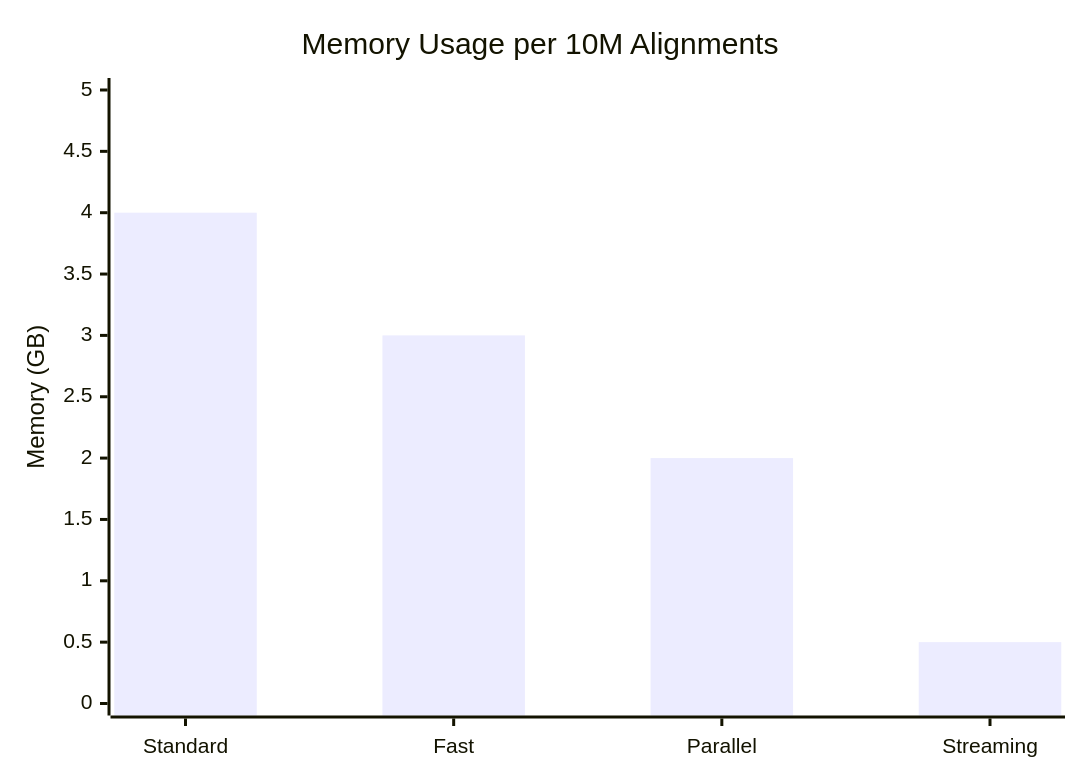
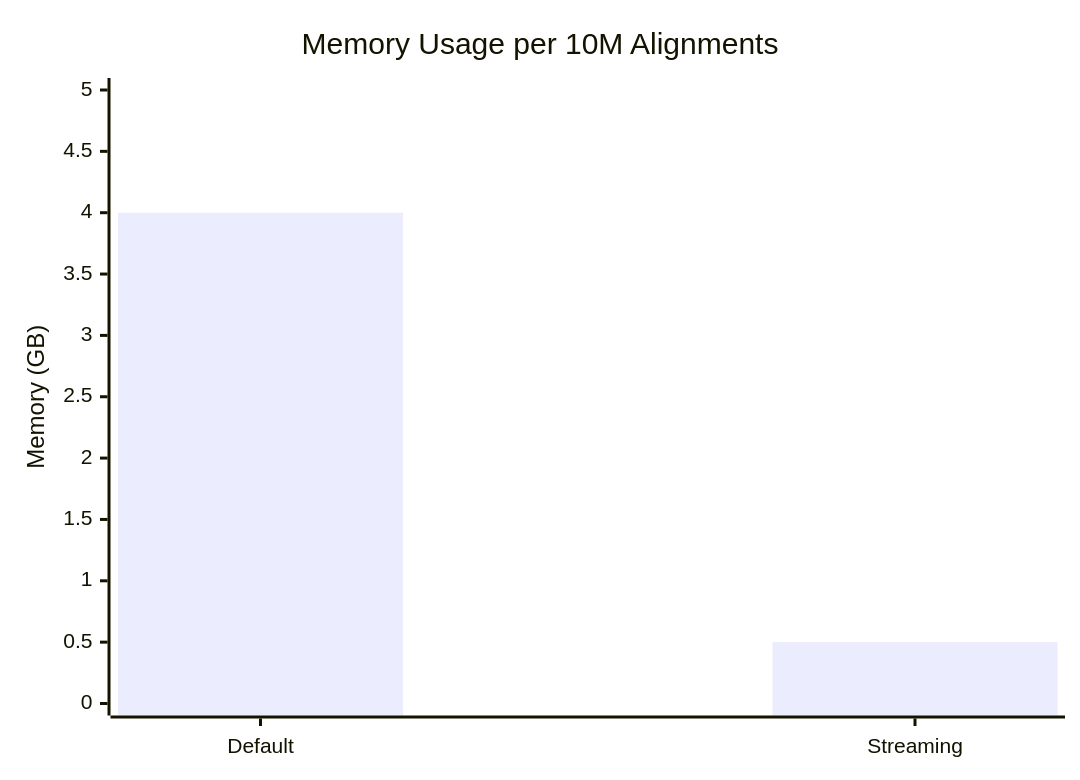
Before and after one commit to FOI-Bioinformatics/metadarkmatter: diagram 11 of 21 in docs/ARCHITECTURE.md, drawn with Mermaid. The commit also changed other lines of this file and 19 other files, not shown here.

````diff
--- a/docs/ARCHITECTURE.md
+++ b/docs/ARCHITECTURE.md
@@ -460,7 +422,7 @@
 ```mermaid
 xychart-beta
     title "Memory Usage per 10M Alignments"
-    x-axis ["Standard", "Fast", "Parallel", "Streaming"]
+    x-axis ["Default", "Streaming"]
     y-axis "Memory (GB)" 0 --> 5
-    bar [4, 3, 2, 0.5]
+    bar [4, 0.5]
 ```
````
